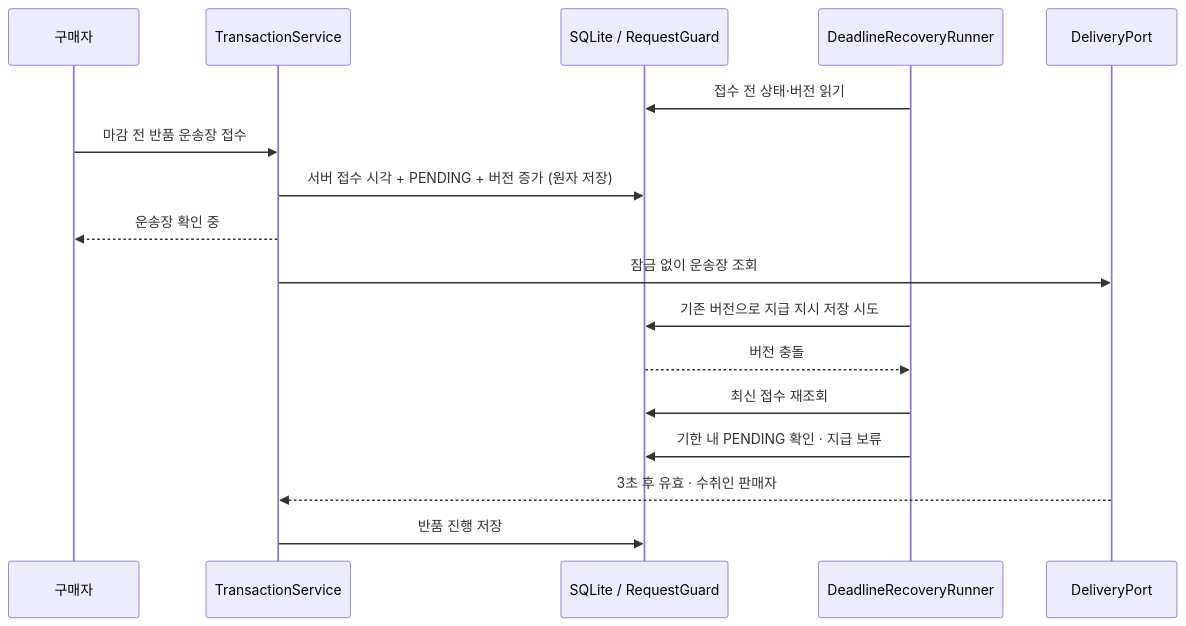
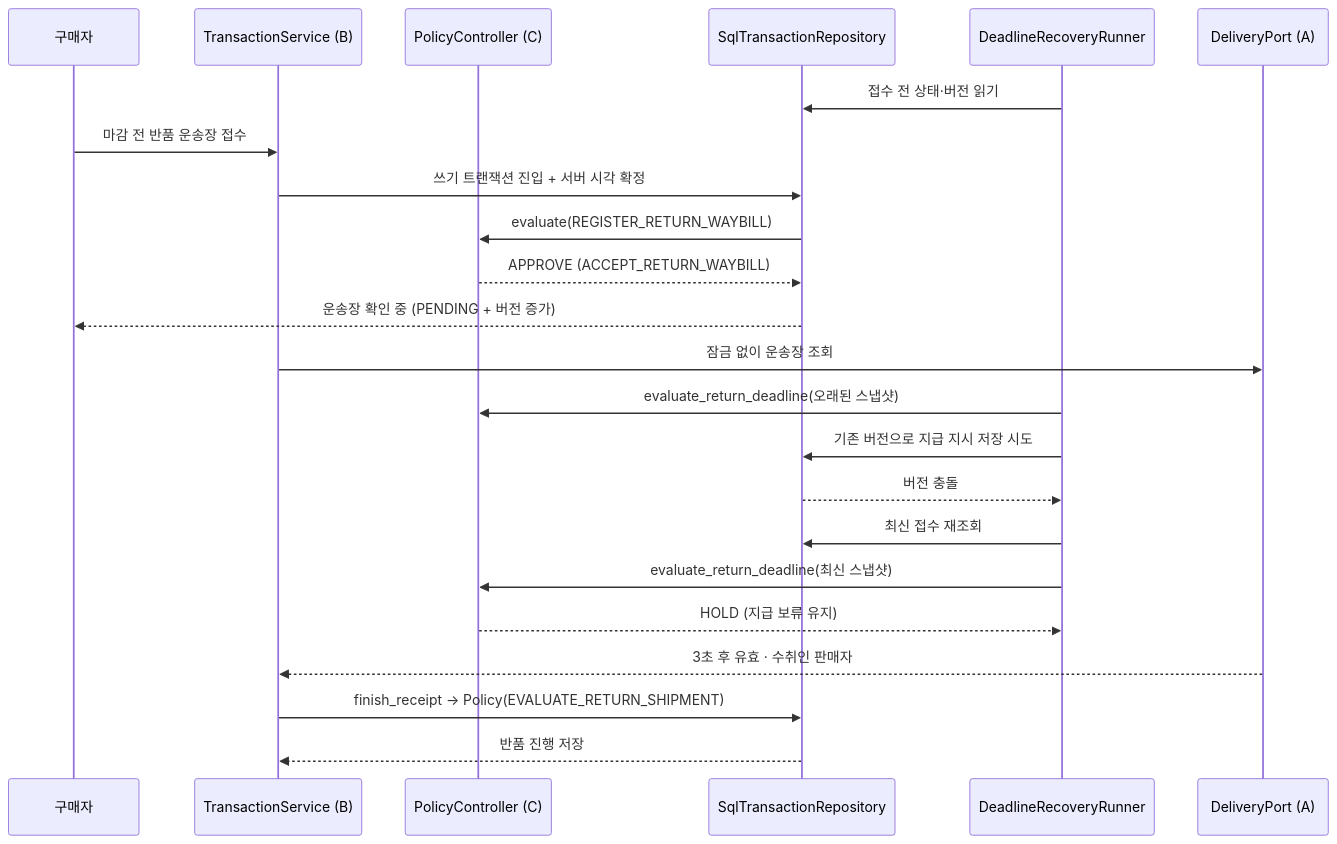
One commit to librawish808/swa-4team-escrow-system changed the diagram in docs/QAS-01.md. Above: the diagram before and after it, drawn with Mermaid. The commit also changed other lines of this file and 17 other files, not shown here.

````diff
--- a/docs/QAS-01.md
+++ b/docs/QAS-01.md
@@ -25,19 +26,25 @@
 ```mermaid
 sequenceDiagram
     participant Buyer as 구매자
-    participant Service as TransactionService
-    participant DB as SQLite / RequestGuard
+    participant Service as TransactionService (B)
+    participant Policy as PolicyController (C)
+    participant DB as SqlTransactionRepository
     participant Deadline as DeadlineRecoveryRunner
-    participant Carrier as DeliveryPort
+    participant Carrier as DeliveryPort (A)
     Deadline->>DB: 접수 전 상태·버전 읽기
     Buyer->>Service: 마감 전 반품 운송장 접수
-    Service->>DB: 서버 접수 시각 + PENDING + 버전 증가 (원자 저장)
-    Service-->>Buyer: 운송장 확인 중
+    Service->>DB: 쓰기 트랜잭션 진입 + 서버 시각 확정
+    DB->>Policy: evaluate(REGISTER_RETURN_WAYBILL)
+    Policy-->>DB: APPROVE (ACCEPT_RETURN_WAYBILL)
+    DB-->>Buyer: 운송장 확인 중 (PENDING + 버전 증가)
     Service->>Carrier: 잠금 없이 운송장 조회
+    Deadline->>Policy: evaluate_return_deadline(오래된 스냅샷)
     Deadline->>DB: 기존 버전으로 지급 지시 저장 시도
     DB-->>Deadline: 버전 충돌
     Deadline->>DB: 최신 접수 재조회
-    Deadline->>DB: 기한 내 PENDING 확인 · 지급 보류
+    Deadline->>Policy: evaluate_return_deadline(최신 스냅샷)
+    Policy-->>Deadline: HOLD (지급 보류 유지)
     Carrier-->>Service: 3초 후 유효 · 수취인 판매자
-    Service->>DB: 반품 진행 저장
+    Service->>DB: finish_receipt -> Policy(EVALUATE_RETURN_SHIPMENT)
+    DB-->>Service: 반품 진행 저장
 ```
````
